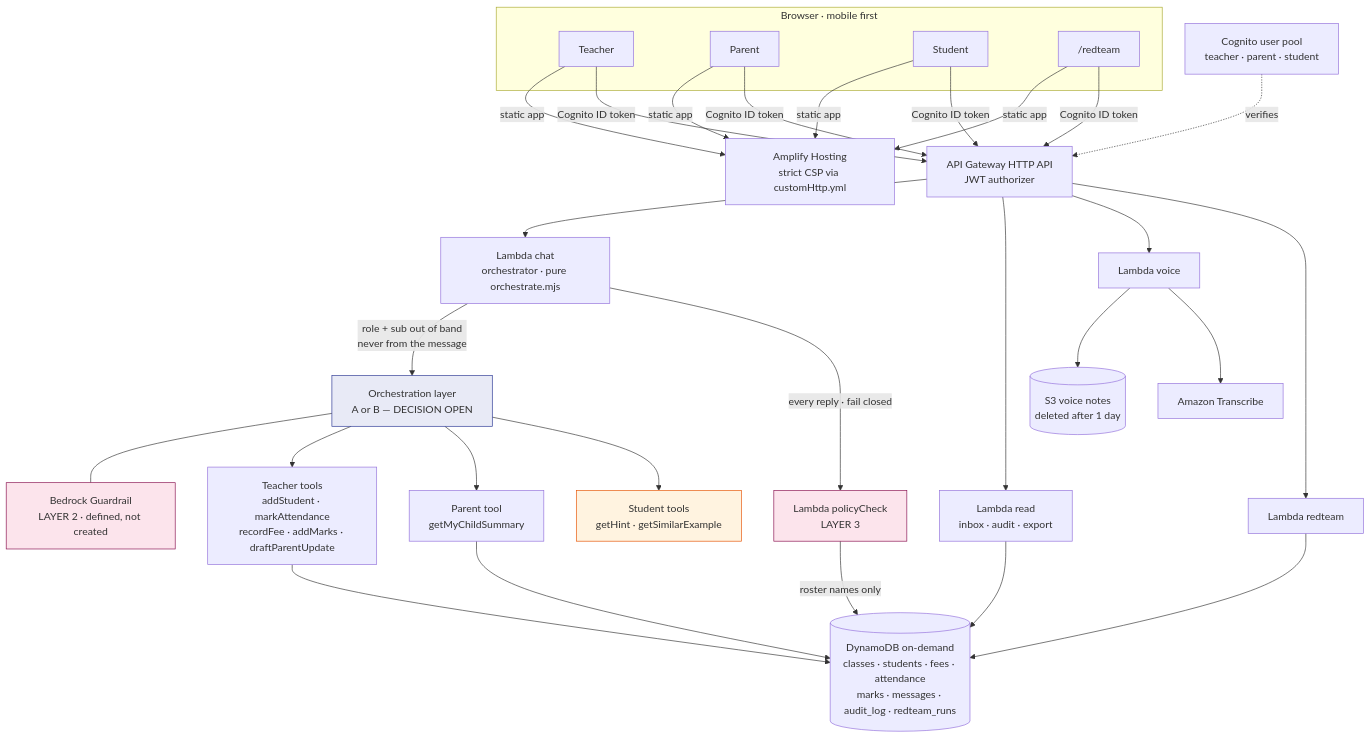
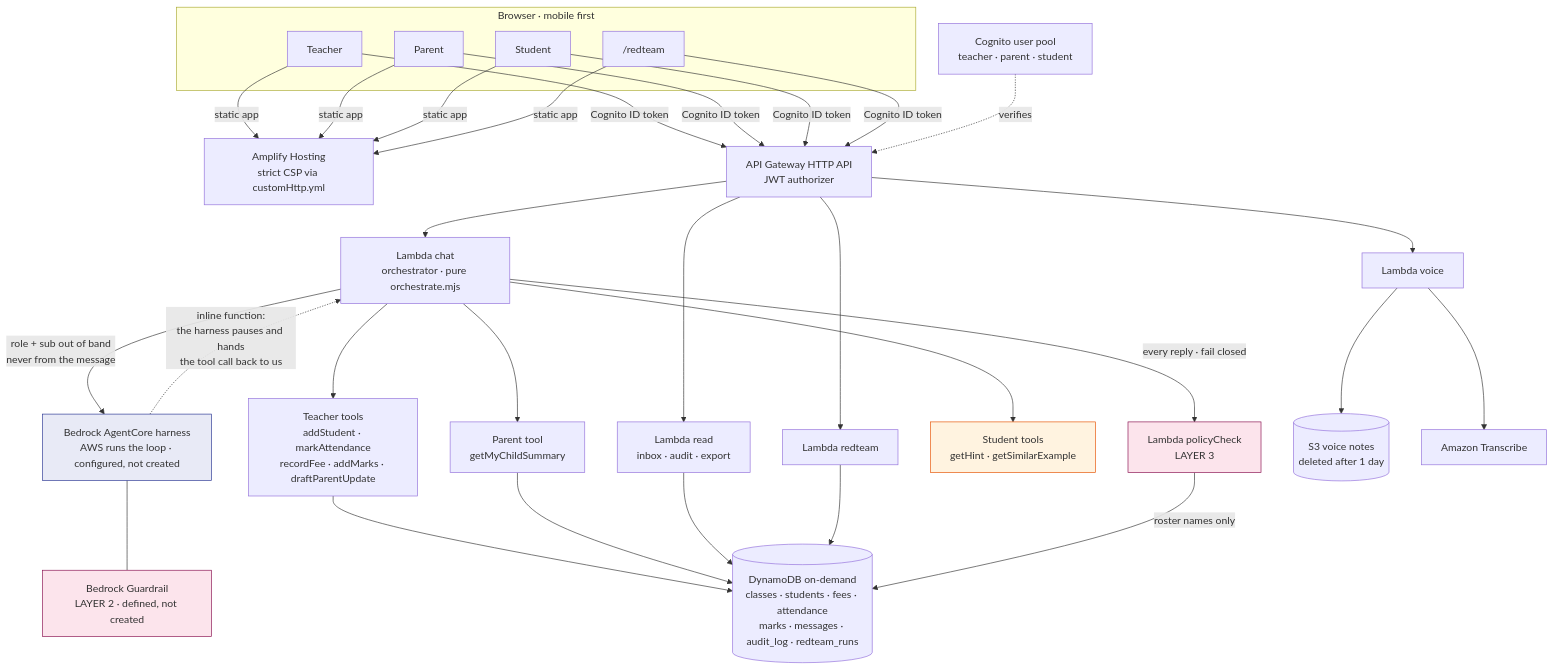
Before and after one commit to nishenmadawa15-collab/panthiya: the diagram in README.md, drawn with Mermaid. The commit also changed other lines of this file and 23 other files, not shown here.

````diff
--- a/README.md
+++ b/README.md
@@ -61,39 +62,40 @@
 ```mermaid
 flowchart TD
     subgraph Client["Browser · mobile first"]
         T["Teacher"]
         P["Parent"]
         S["Student"]
         R["/redteam"]
     end
 
     T & P & S & R -->|"static app"| HOST["Amplify Hosting<br/>strict CSP via customHttp.yml"]
     T & P & S & R -->|"Cognito ID token"| API["API Gateway HTTP API<br/>JWT authorizer"]
     COG["Cognito user pool<br/>teacher · parent · student"] -.->|verifies| API
 
     API --> CHAT["Lambda chat<br/>orchestrator · pure orchestrate.mjs"]
     API --> READ["Lambda read<br/>inbox · audit · export"]
     API --> VOICE["Lambda voice"]
     API --> RTL["Lambda redteam"]
 
-    CHAT -->|"role + sub out of band<br/>never from the message"| ORCH["Orchestration layer<br/>A or B — DECISION OPEN"]
+    CHAT -->|"role + sub out of band<br/>never from the message"| ORCH["Bedrock AgentCore harness<br/>AWS runs the loop · configured, not created"]
+    ORCH -.->|"inline function:<br/>the harness pauses and hands<br/>the tool call back to us"| CHAT
     ORCH --- GUARD["Bedrock Guardrail<br/>LAYER 2 · defined, not created"]
-    ORCH --> GT["Teacher tools<br/>addStudent · markAttendance<br/>recordFee · addMarks · draftParentUpdate"]
-    ORCH --> GP["Parent tool<br/>getMyChildSummary"]
-    ORCH --> GS["Student tools<br/>getHint · getSimilarExample"]
+    CHAT --> GT["Teacher tools<br/>addStudent · markAttendance<br/>recordFee · addMarks · draftParentUpdate"]
+    CHAT --> GP["Parent tool<br/>getMyChildSummary"]
+    CHAT --> GS["Student tools<br/>getHint · getSimilarExample"]
 
     CHAT -->|"every reply · fail closed"| POLICY["Lambda policyCheck<br/>LAYER 3"]
 
     GT --> DDB[("DynamoDB on-demand<br/>classes · students · fees · attendance<br/>marks · messages · audit_log · redteam_runs")]
     GP --> DDB
     READ --> DDB
     RTL --> DDB
     POLICY -->|roster names only| DDB
     VOICE --> S3[("S3 voice notes<br/>deleted after 1 day")]
     VOICE --> TRX["Amazon Transcribe"]
 
     style GS fill:#fff3e0,stroke:#e65100
     style ORCH fill:#e8eaf6,stroke:#283593
     style GUARD fill:#fce4ec,stroke:#880e4f
     style POLICY fill:#fce4ec,stroke:#880e4f
 ```
````
